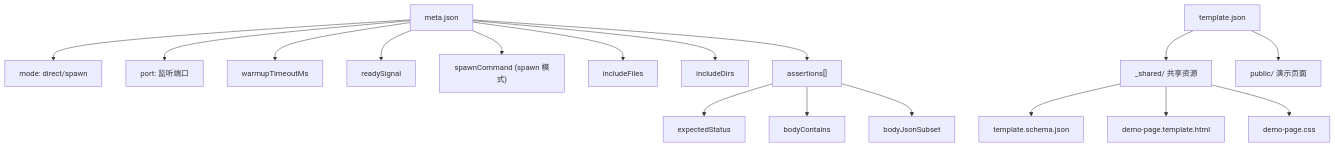
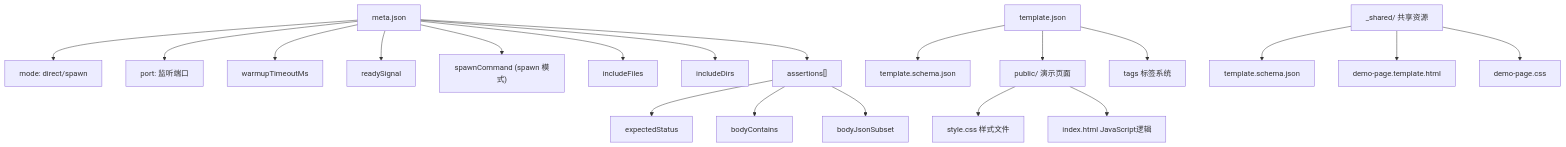
The sixth of 6 diagrams in .qoder/repowiki/zh/content/后端框架测试/后端框架测试套件.md (esa-sp/test-for-aone-ci), drawn with Mermaid before and after one commit. The commit also changed other lines of this file and 31 other files, not shown here.

````diff
--- a/.qoder/repowiki/zh/content/后端框架测试/后端框架测试套件.md
+++ b/.qoder/repowiki/zh/content/后端框架测试/后端框架测试套件.md
@@ -376,19 +368,22 @@
 ```mermaid
 graph TB
 Meta["meta.json"] --> Mode["mode: direct/spawn"]
 Meta --> Port["port: 监听端口"]
 Meta --> Warmup["warmupTimeoutMs"]
 Meta --> Ready["readySignal"]
 Meta --> SpawnCmd["spawnCommand (spawn 模式)"]
 Meta --> IncludeFiles["includeFiles"]
 Meta --> IncludeDirs["includeDirs"]
 Meta --> Assertions["assertions[]"]
 Assertions --> Status["expectedStatus"]
 Assertions --> BodyContains["bodyContains"]
 Assertions --> BodyJsonSubset["bodyJsonSubset"]
-Template["template.json"] --> Shared["_shared/ 共享资源"]
+Template["template.json"] --> Schema["template.schema.json"]
 Template --> Public["public/ 演示页面"]
-Shared --> TemplateSchema["template.schema.json"]
+Template --> Tags["tags 标签系统"]
+Public --> CSS["style.css 样式文件"]
+Public --> JS["index.html JavaScript逻辑"]
+Shared["_shared/ 共享资源"] --> TemplateSchema["template.schema.json"]
 Shared --> DemoTemplate["demo-page.template.html"]
 Shared --> DemoCSS["demo-page.css"]
 ```
````
